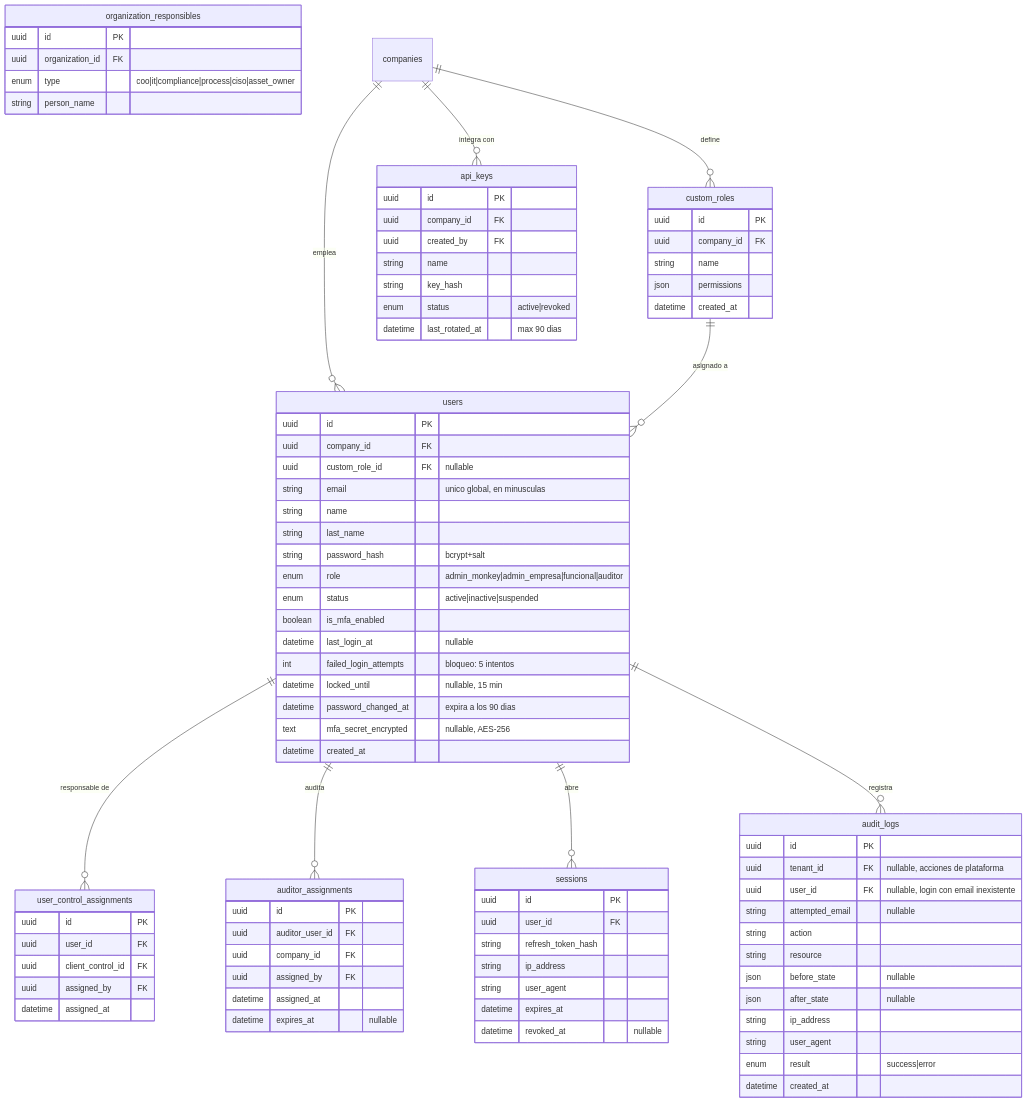
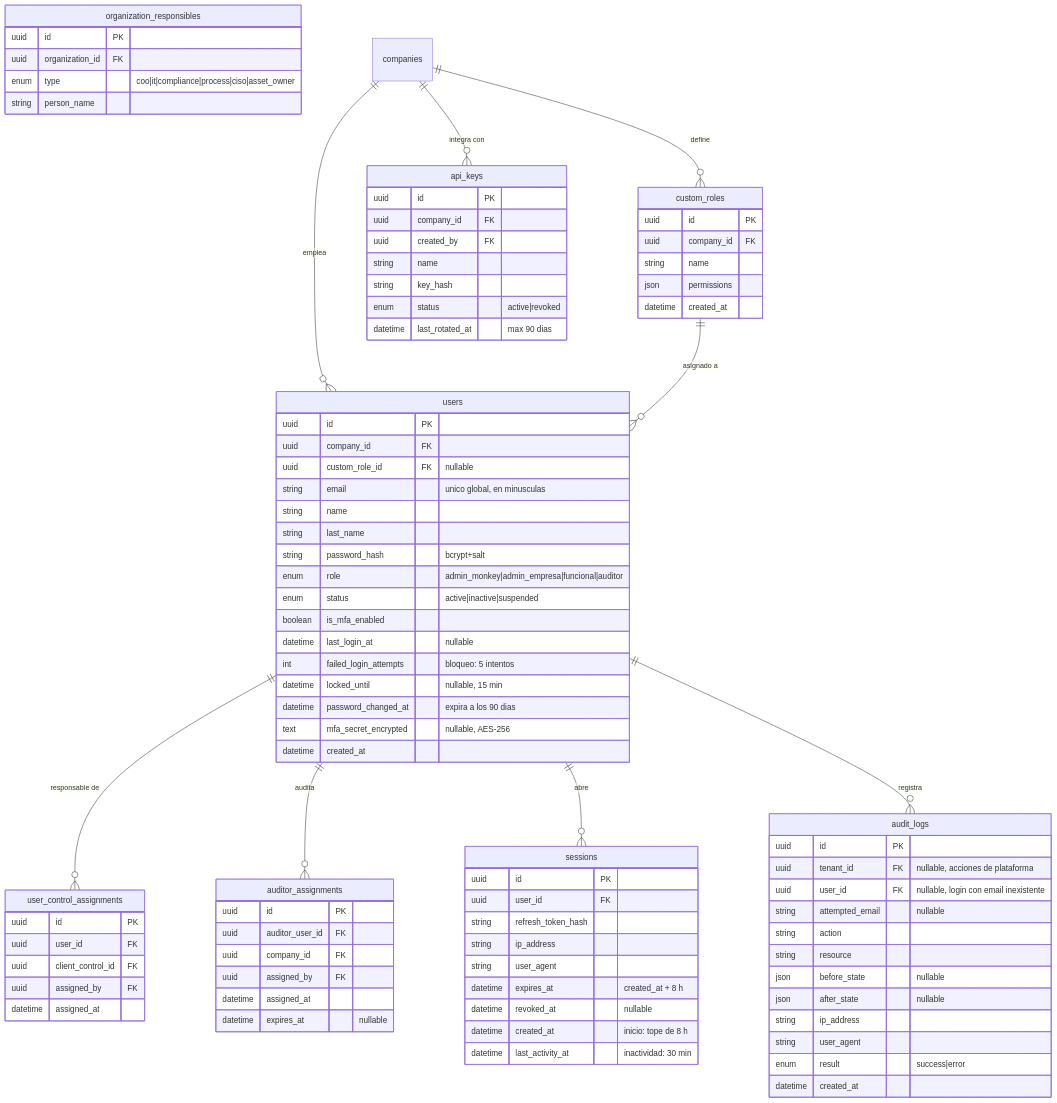
One commit to Monkey-GRC/Monkey-Brain-IA changed the seventh of 16 diagrams in skills/product/monkey-compliance-council/references/modelo-datos.md. Above: the diagram before and after it, drawn with Mermaid. The commit also changed other lines of this file and 8 other files, not shown here.

```diff
--- a/skills/product/monkey-compliance-council/references/modelo-datos.md
+++ b/skills/product/monkey-compliance-council/references/modelo-datos.md
@@ -856,8 +858,10 @@
         string refresh_token_hash
         string ip_address
         string user_agent
-        datetime expires_at
+        datetime expires_at "created_at + 8 h"
         datetime revoked_at "nullable"
+        datetime created_at "inicio: tope de 8 h"
+        datetime last_activity_at "inactividad: 30 min"
     }
     api_keys {
         uuid id PK
```
